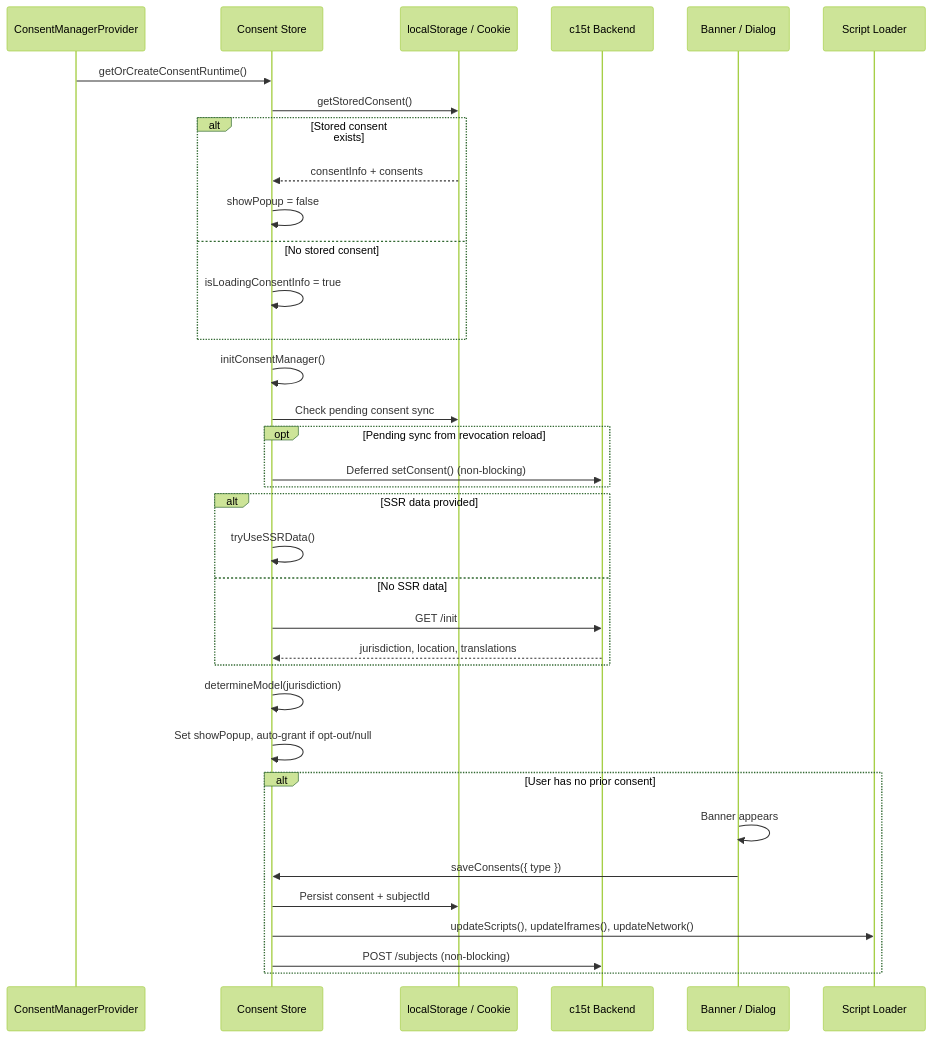
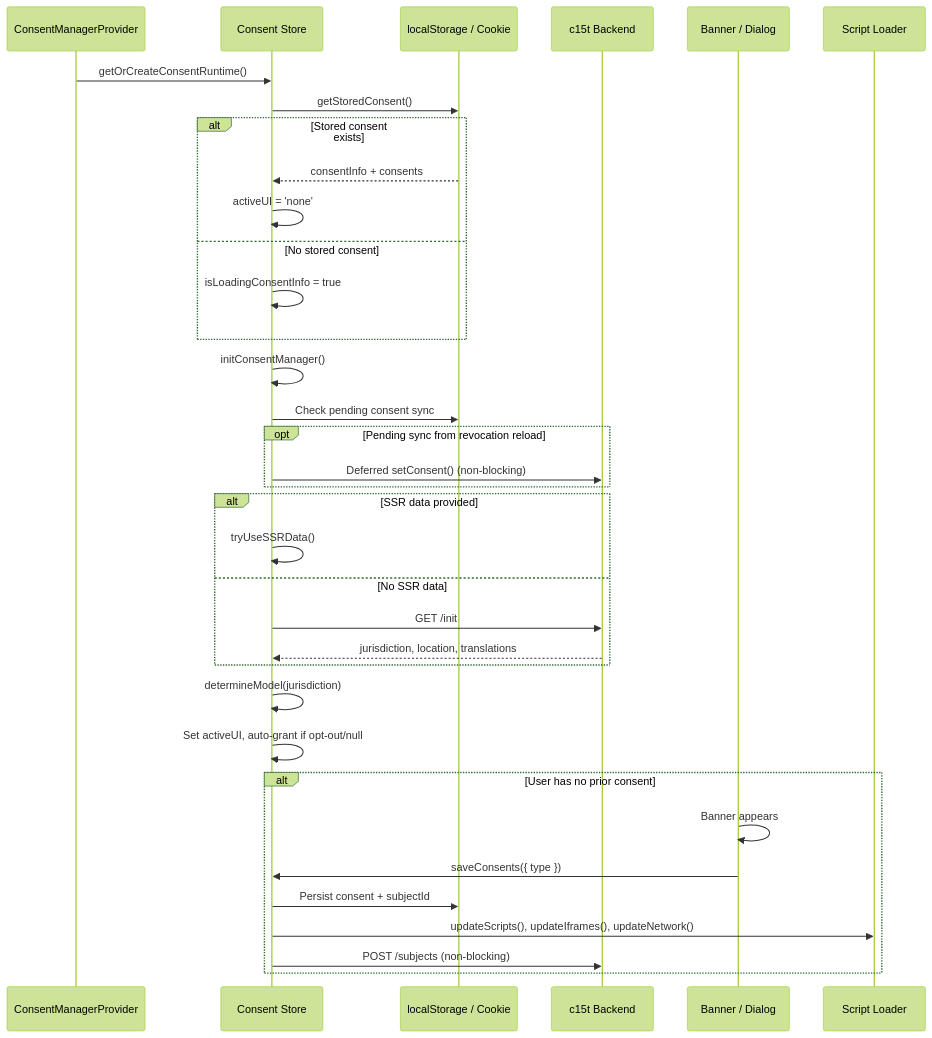
The diagram in docs/shared/concepts/initialization-flow.mdx (c15t/c15t), drawn with Mermaid (forest theme) before and after one commit. The commit also changed other lines of this file and 63 other files, not shown here.

Commit message:
feat!: remove showPopup for activeUI

````diff
--- a/docs/shared/concepts/initialization-flow.mdx
+++ b/docs/shared/concepts/initialization-flow.mdx
@@ -22,42 +22,42 @@
       ```mermaid
       sequenceDiagram
           participant Provider as ConsentManagerProvider
           participant Store as Consent Store
           participant Storage as localStorage / Cookie
           participant API as c15t Backend
           participant UI as Banner / Dialog
           participant Scripts as Script Loader
 
           Provider->>Store: getOrCreateConsentRuntime()
           Store->>Storage: getStoredConsent()
           alt Stored consent exists
               Storage-->>Store: consentInfo + consents
-              Store->>Store: showPopup = false
+              Store->>Store: activeUI = 'none'
           else No stored consent
               Store->>Store: isLoadingConsentInfo = true
           end
 
           Store->>Store: initConsentManager()
           Store->>Storage: Check pending consent sync
           opt Pending sync from revocation reload
               Store->>API: Deferred setConsent() (non-blocking)
           end
 
           alt SSR data provided
               Store->>Store: tryUseSSRData()
           else No SSR data
               Store->>API: GET /init
               API-->>Store: jurisdiction, location, translations
           end
 
           Store->>Store: determineModel(jurisdiction)
-          Store->>Store: Set showPopup, auto-grant if opt-out/null
+          Store->>Store: Set activeUI, auto-grant if opt-out/null
 
           alt User has no prior consent
               UI->>UI: Banner appears
               UI->>Store: saveConsents({ type })
               Store->>Storage: Persist consent + subjectId
               Store->>Scripts: updateScripts(), updateIframes(), updateNetwork()
               Store->>API: POST /subjects (non-blocking)
           end
       ```
````
